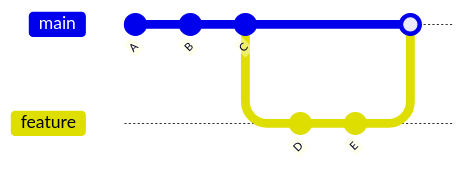
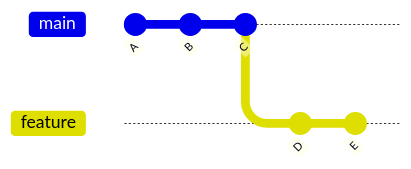
Before and after one commit to phuongbv00/fsa-fr-java-jsks: the second of 4 diagrams in docs/fnd/git-fundamentals.md, drawn with Mermaid. The commit also changed other lines of this file, not shown here.

First line of the commit message:
Draw the fast-forward as before and after, with no merge node

````diff
--- a/docs/fnd/git-fundamentals.md
+++ b/docs/fnd/git-fundamentals.md
@@ -190,11 +193,9 @@
 ```mermaid
 gitGraph
     commit id: "A"
     commit id: "B"
     commit id: "C"
     branch feature
     commit id: "D"
     commit id: "E"
-    checkout main
-    merge feature
 ```
````
